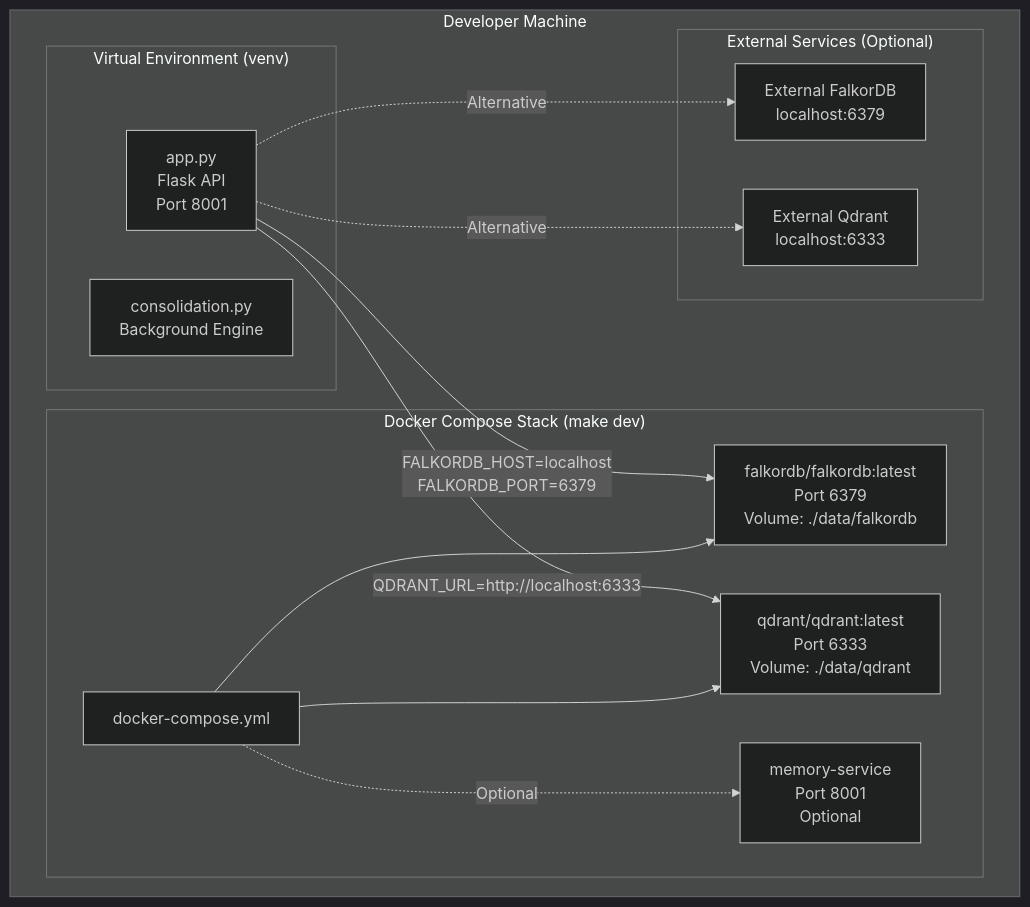
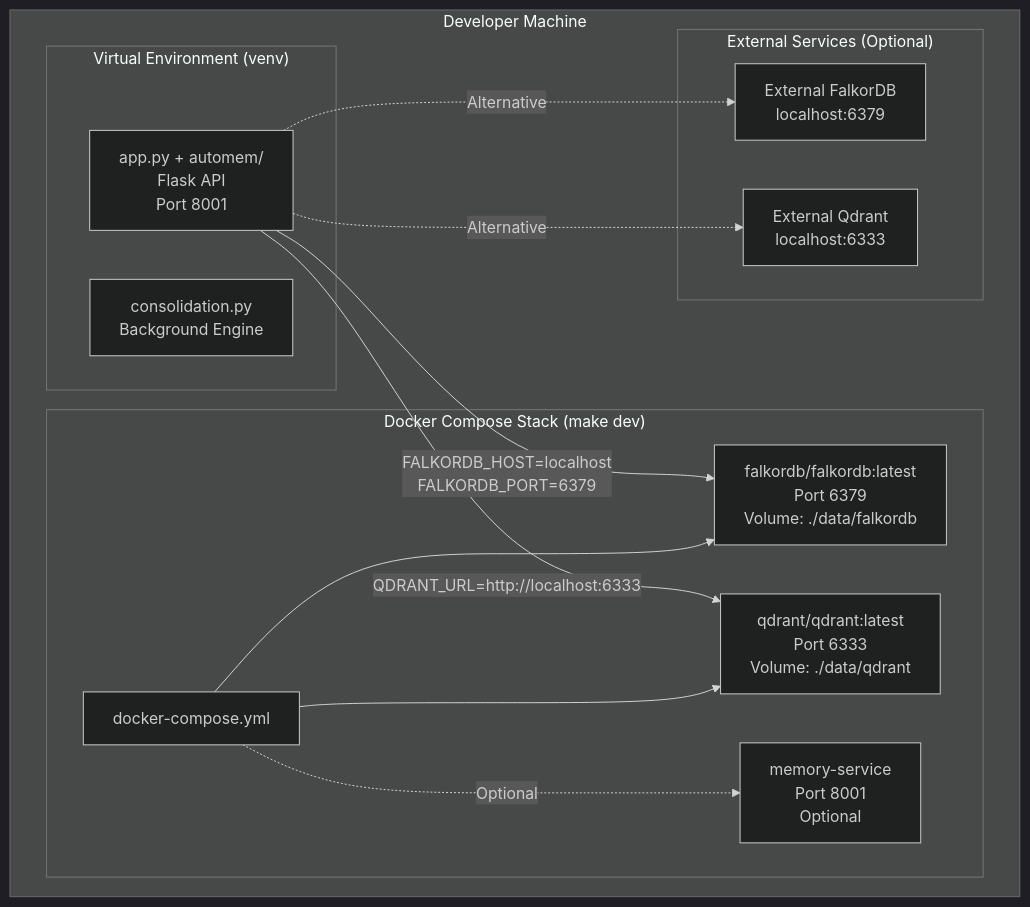
One commit to verygoodplugins/automem-website changed the first of 2 diagrams in src/content/docs/docs/development/local-setup.md. Above: the diagram before and after it, drawn with Mermaid (dark theme). The commit also changed other lines of this file and 11 other files, not shown here.

````diff
--- a/src/content/docs/docs/development/local-setup.md
+++ b/src/content/docs/docs/development/local-setup.md
@@ -96,30 +96,30 @@
 ```mermaid
 graph TB
     subgraph "Developer Machine"
         subgraph "Virtual Environment (venv)"
-            Flask["app.py\nFlask API\nPort 8001"]
+            Flask["app.py + automem/<br/>Flask API<br/>Port 8001"]
             Consol["consolidation.py\nBackground Engine"]
         end
 
         subgraph "Docker Compose Stack (make dev)"
             DC["docker-compose.yml"]
             Falkor["falkordb/falkordb:latest\nPort 6379\nVolume: ./data/falkordb"]
             Qdrant["qdrant/qdrant:latest\nPort 6333\nVolume: ./data/qdrant"]
             APIContainer["memory-service\nPort 8001\nOptional"]
         end
 
         subgraph "External Services (Optional)"
             ExtFalkor["External FalkorDB\nlocalhost:6379"]
             ExtQdrant["External Qdrant\nlocalhost:6333"]
         end
     end
 
     Flask -->|"FALKORDB_HOST=localhost\nFALKORDB_PORT=6379"| Falkor
     Flask -->|"QDRANT_URL=http://localhost:6333"| Qdrant
     Flask -.->|"Alternative"| ExtFalkor
     Flask -.->|"Alternative"| ExtQdrant
 
     DC --> Falkor
     DC --> Qdrant
     DC -.->|"Optional"| APIContainer
 ```
````
